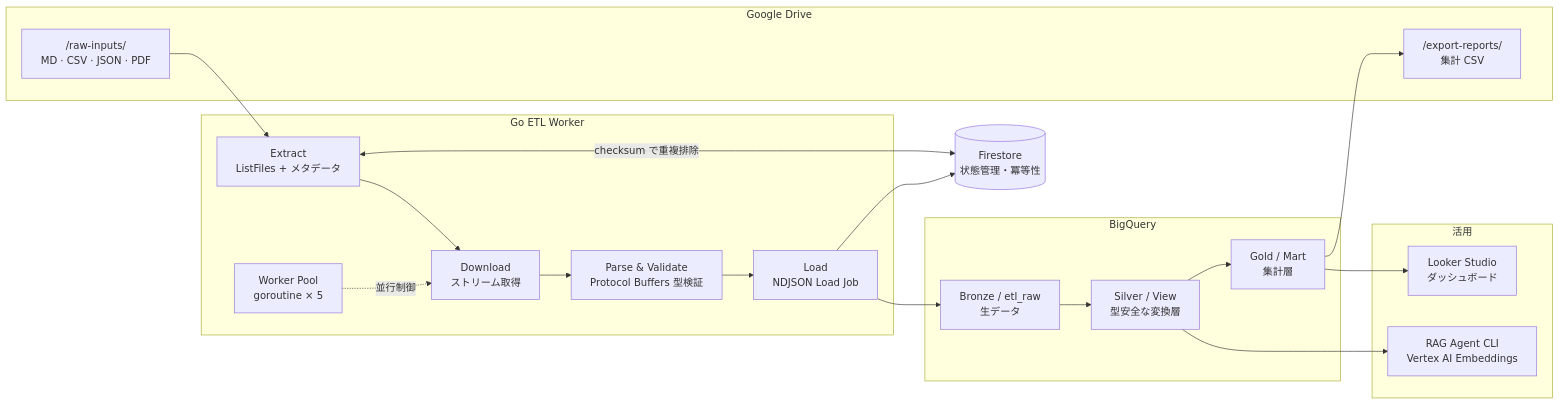
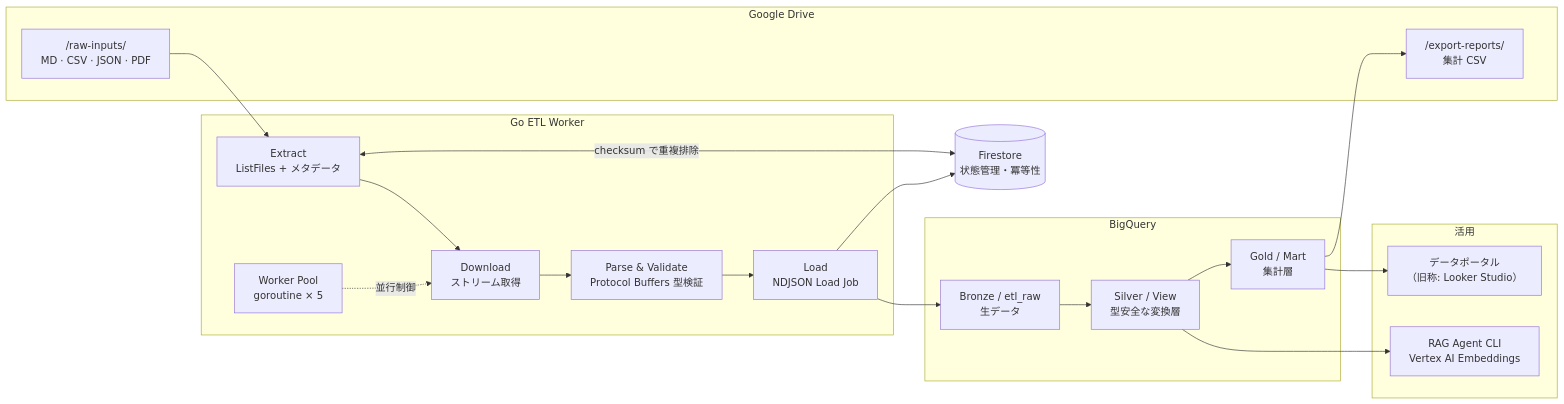
The diagram in README.md (qei-2027-700/go-drive-etl), drawn with Mermaid before and after one commit. The commit also changed other lines of this file and 1 other file, not shown here.

````diff
--- a/README.md
+++ b/README.md
@@ -26,37 +26,37 @@
 ```mermaid
 flowchart LR
     subgraph SRC["Google Drive"]
         RAW["/raw-inputs/<br/>MD · CSV · JSON · PDF"]
         OUT["/export-reports/<br/>集計 CSV"]
     end
 
     subgraph GO["Go ETL Worker"]
         EX["Extract<br/>ListFiles + メタデータ"]
         DL["Download<br/>ストリーム取得"]
         PV["Parse & Validate<br/>Protocol Buffers 型検証"]
         LD["Load<br/>NDJSON Load Job"]
         WP["Worker Pool<br/>goroutine × 5"]
     end
 
     STATE[("Firestore<br/>状態管理・冪等性")]
 
     subgraph BQ["BigQuery"]
         BRONZE["Bronze / etl_raw<br/>生データ"]
         SILVER["Silver / View<br/>型安全な変換層"]
         GOLD["Gold / Mart<br/>集計層"]
     end
 
     subgraph CONS["活用"]
-        LOOKER["Looker Studio<br/>ダッシュボード"]
+        LOOKER["データポータル<br/>（旧称: Looker Studio）"]
         RAG["RAG Agent CLI<br/>Vertex AI Embeddings"]
     end
 
     RAW --> EX --> DL --> PV --> LD
     WP -.並行制御.-> DL
     EX <-->|checksum で重複排除| STATE
     LD --> STATE
     LD --> BRONZE --> SILVER --> GOLD
     GOLD --> OUT
     GOLD --> LOOKER
     SILVER --> RAG
 ```
````
